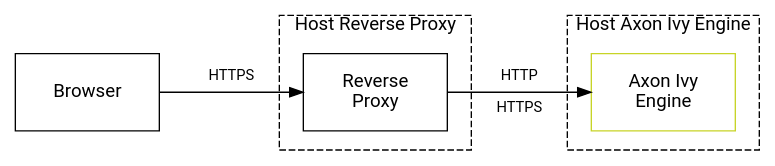
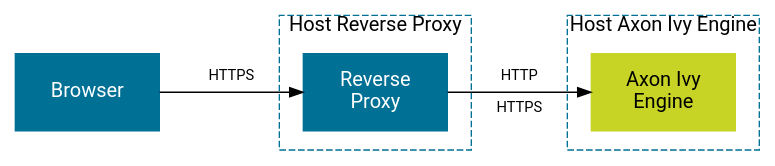
One commit to bernhardAxonIvy/doc changed the diagram in source/engine-guide/integration/reverse-proxy/secure-setup/different-host.dot. Above: the diagram before and after it, drawn with Graphviz. The commit also changed 15 other files, not shown here.

First line of the commit message:
XIVY-9337 doc update all dot graphics for wysiwyg (#649)

```diff
--- a/source/engine-guide/integration/reverse-proxy/secure-setup/different-host.dot
+++ b/source/engine-guide/integration/reverse-proxy/secure-setup/different-host.dot
@@ -1,22 +1,25 @@
 digraph overview {
   layout=neato;
-  node [shape=box, fontname="Roboto,Helvetica Neue,Arial,sans-serif", margin=0.1, fixedsize="true"]; 
+  
+  node [shape=box, height="0.8", width="2", color="#007095", style=filled, fixedsize="true", margin=0, 
+        fontname="Roboto,Helvetica Neue,Arial,sans-serif", fontcolor="white", fontsize=15
+       ]; 
   
   /* nodes */
   browser      [label="Browser",                pos="0.0,2.5!", height="0.8", width="1.5"];
   reverseproxy [label="Reverse\nProxy",         pos="3.0,2.5!", height="0.8", width="1.5"];
   engine       [label="Axon Ivy\nEngine",       pos="6.0,2.5!", height="0.8", width="1.5", color="#C7D426", fontcolor="black"];
 
 
   hostProxy [label="Host Reverse Proxy",        pos="3.0,2.6!", height="1.4", width="2.0", style="dashed" fontcolor="black" labelloc="t"];
   hostEngine [label="Host Axon Ivy Engine",     pos="6.0,2.6!", height="1.4", width="2.0", style="dashed" fontcolor="black" labelloc="t"];
  
   /* edges */
   browser -> reverseproxy;
   reverseproxy -> engine;
 
   /* edge labels */
   browser_reverseproxy [label="HTTPS\n \n ",   pos="1.5,2.5!", height="0.8", width="1.7", shape=none, fillcolor=none, fontcolor="black", fontsize="11"];
   reverseproxy_engine [label="HTTP\n \nHTTPS", pos="4.5,2.5!", height="0.8", width="1.7", shape=none, fillcolor=none, fontcolor="black", fontsize="11"];
 
 }
```
